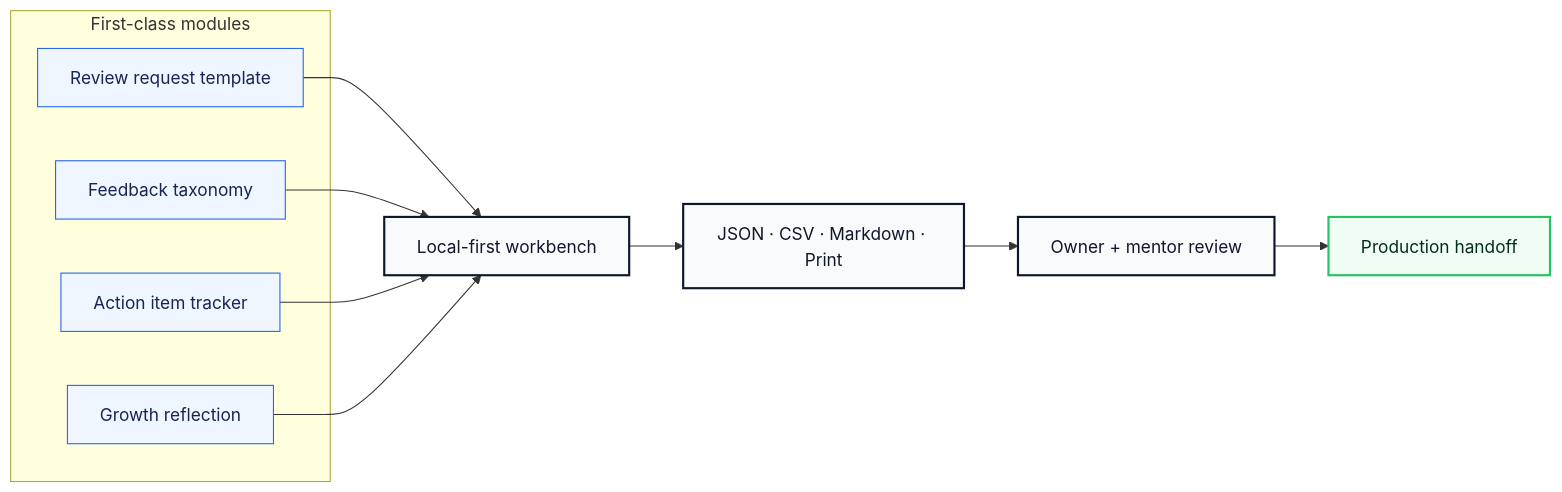
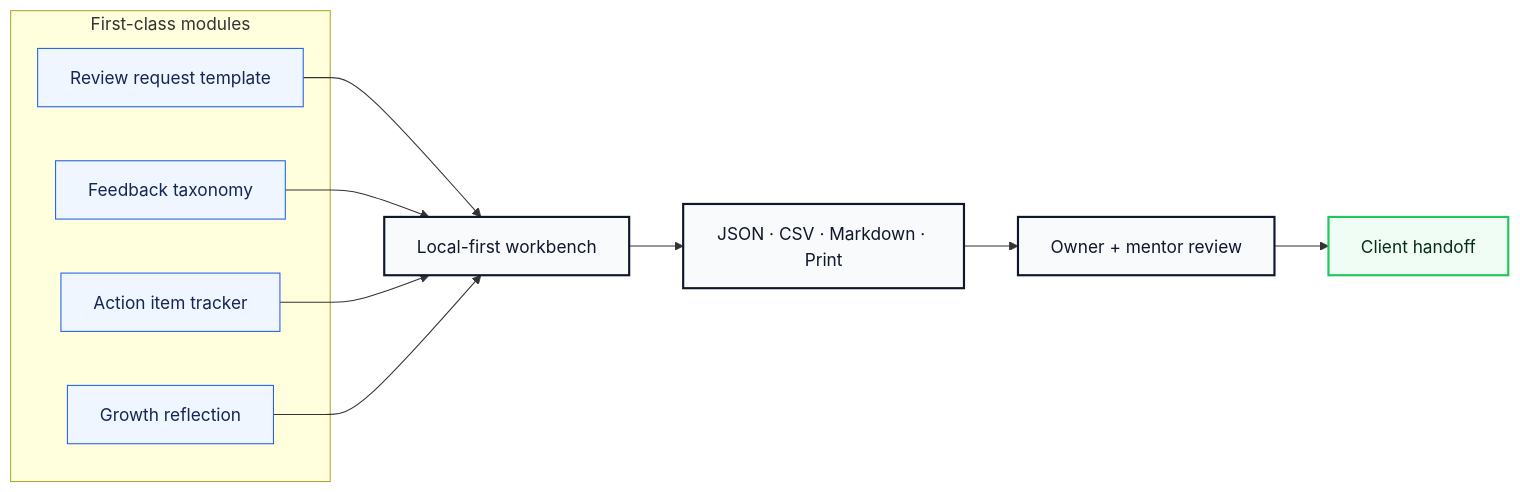
One commit to volta-npo/mentor-feedback-loop changed the second of 3 diagrams in README.md. Above: the diagram before and after it, drawn with Mermaid. The commit also changed other lines of this file and 28 other files, not shown here.

````diff
--- a/README.md
+++ b/README.md
@@ -64,23 +64,23 @@
 ```mermaid
 flowchart LR
     subgraph Modules["First-class modules"]
         M1["Review request template"]
         M2["Feedback taxonomy"]
         M3["Action item tracker"]
         M4["Growth reflection"]
     end
     M1 --> Workbench
     M2 --> Workbench
     M3 --> Workbench
     M4 --> Workbench
     Workbench["Local-first workbench"] --> Exports["JSON · CSV · Markdown · Print"]
     Exports --> Review["Owner + mentor review"]
-    Review --> Launch["Production handoff"]
+    Review --> Launch["Client handoff"]
 
     classDef module fill:#eff6ff,stroke:#2563eb,color:#172554;
     classDef app fill:#f8fafc,stroke:#0f172a,color:#0f172a,stroke-width:2px;
     classDef launch fill:#f0fdf4,stroke:#22c55e,color:#052e16,stroke-width:2px;
     class M1,M2,M3,M4 module;
     class Workbench,Exports,Review app;
     class Launch launch;
 ```
````
